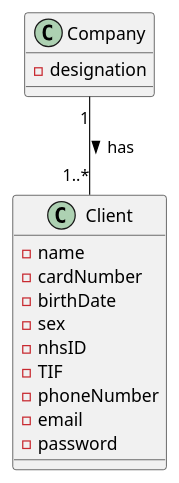
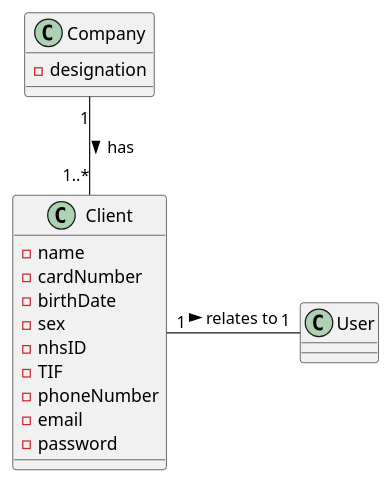
One commit to MadDinosaur/ISEP-LAPR2 changed the diagram in docs/SprintD/US2/US2_DM.puml. Above: the diagram before and after it, drawn with PlantUML. The commit also changed 9 other files, not shown here.

```diff
--- a/docs/SprintD/US2/US2_DM.puml
+++ b/docs/SprintD/US2/US2_DM.puml
@@ -1,19 +1,20 @@
 @startuml
 class Client {
 -name
 -cardNumber
 -birthDate
 -sex
 -nhsID
 -TIF
 -phoneNumber
 -email
 -password
 }
 
 class Company {
 -designation
 }
 
 Company "1"--"1..*" Client : has >
+Client "1"-right-"1" User : relates to >
 @enduml
```
